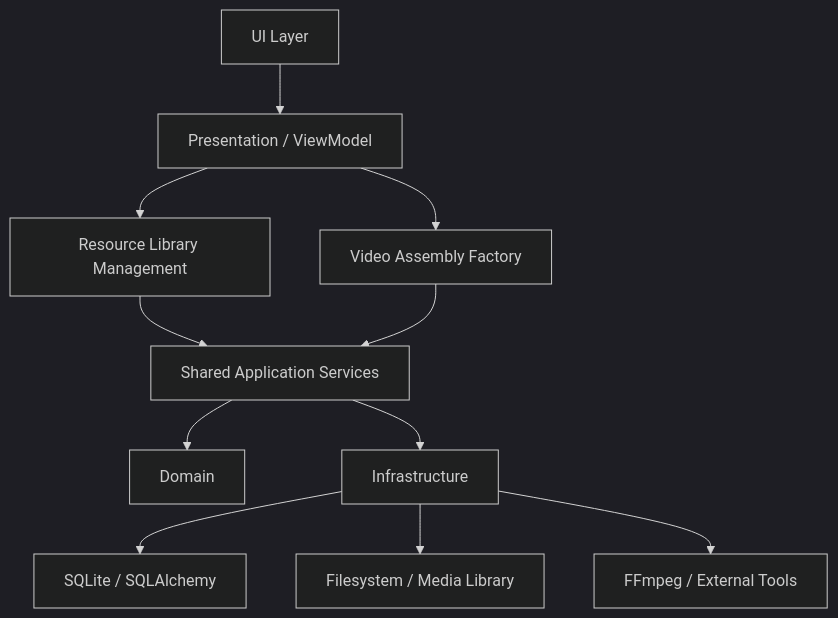
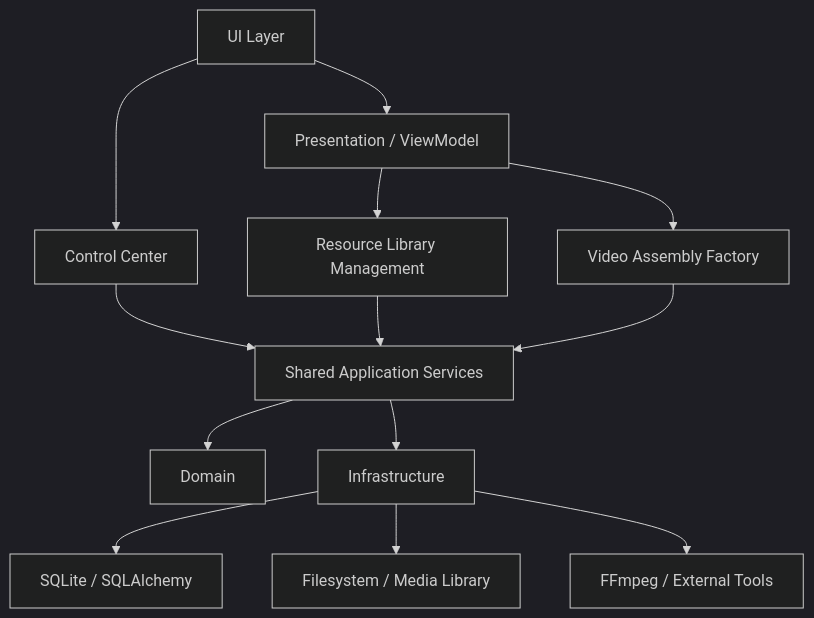
The first of 8 diagrams in doc/10_UML_System_Overview.md (idev006/MTClipFactory), drawn with Mermaid (dark theme) before and after one commit. The commit also changed other lines of this file and 27 other files, not shown here.

Commit message:
Add dashboard and system settings control center

````diff
--- a/doc/10_UML_System_Overview.md
+++ b/doc/10_UML_System_Overview.md
@@ -7,13 +7,15 @@
 ```mermaid
 flowchart TB
     UI["UI Layer"] --> VM["Presentation / ViewModel"]
+    UI --> CC["Control Center"]
     VM --> LIB["Resource Library Management"]
     VM --> FAC["Video Assembly Factory"]
+    CC --> APP
     LIB --> APP["Shared Application Services"]
     FAC --> APP
     APP --> DOMAIN["Domain"]
     APP --> INFRA["Infrastructure"]
     INFRA --> DB["SQLite / SQLAlchemy"]
     INFRA --> FS["Filesystem / Media Library"]
     INFRA --> EXT["FFmpeg / External Tools"]
 ```
````
